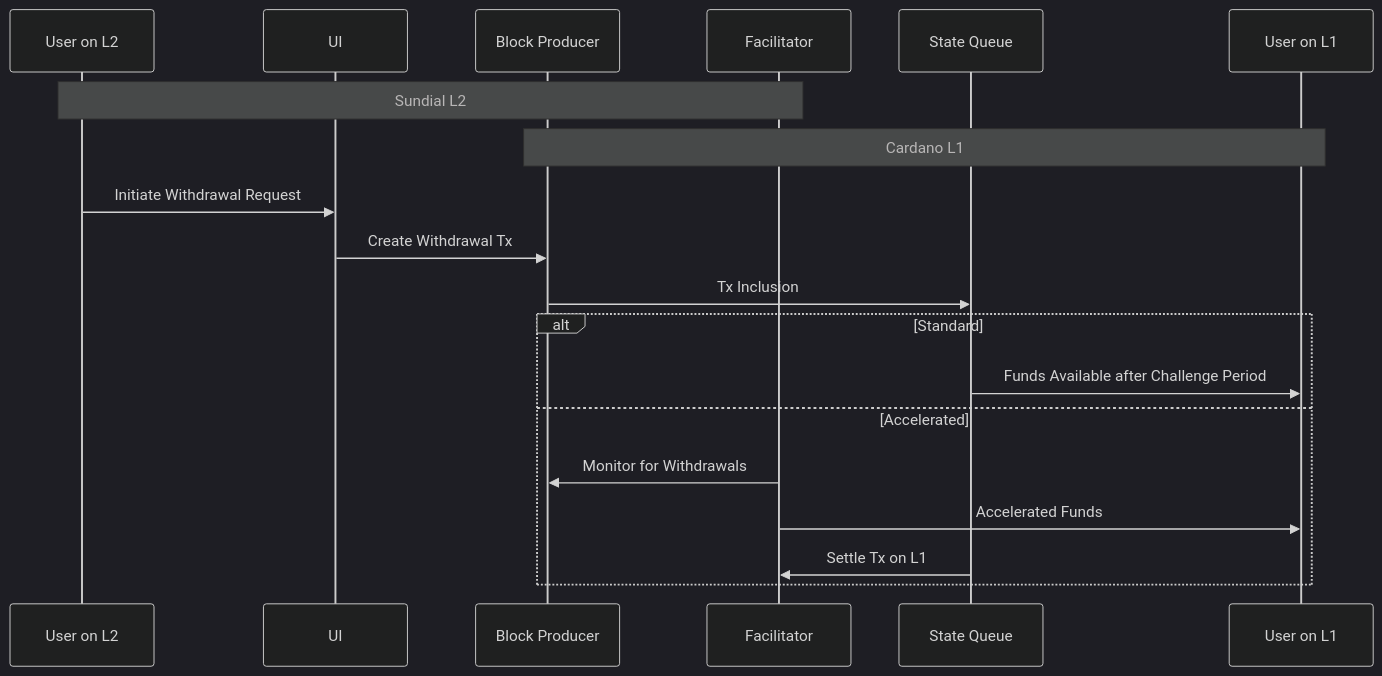
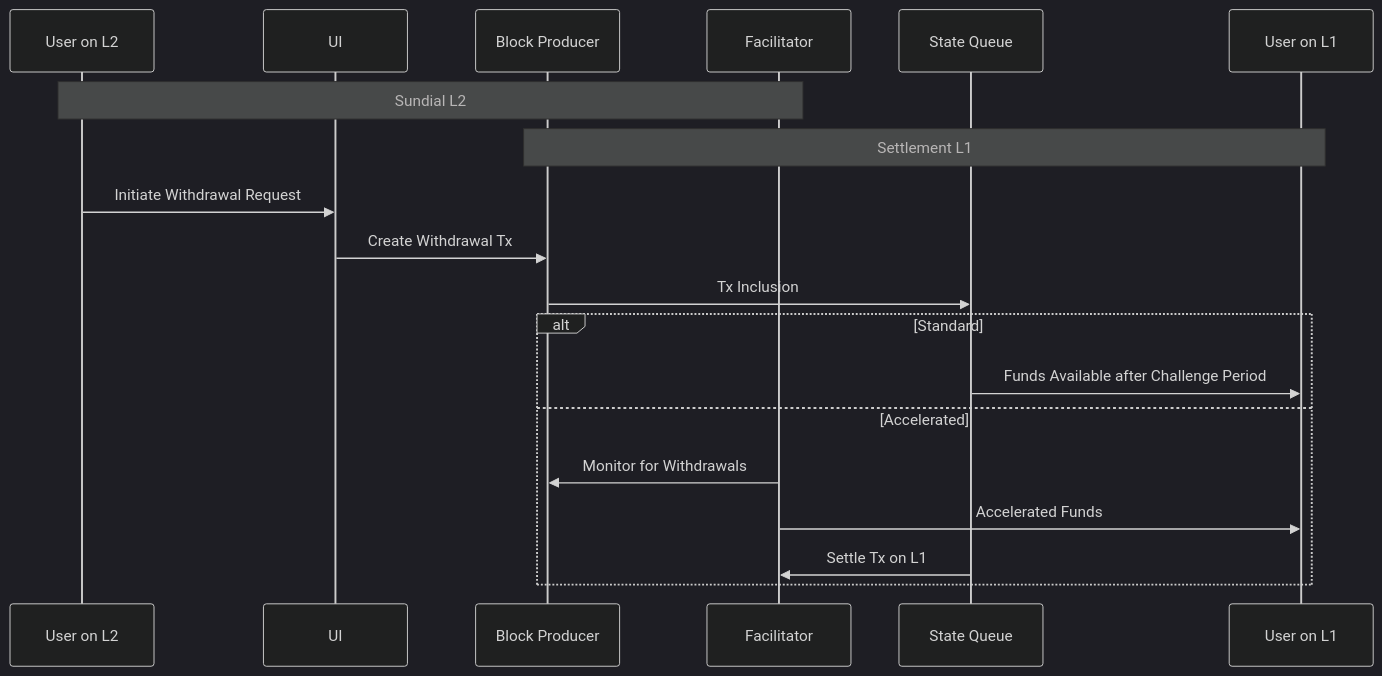
One commit to sundial-protocol/internal-docs changed the fifth of 5 diagrams in architecture/layers/blueprint.md. Above: the diagram before and after it, drawn with Mermaid (dark theme). The commit also changed other lines of this file and 10 other files, not shown here.

Commit message:
architecture docs refinement

````diff
--- a/architecture/layers/blueprint.md
+++ b/architecture/layers/blueprint.md
@@ -149,22 +149,22 @@
 ```mermaid
 sequenceDiagram
     participant L2 as User on L2
     participant UI
     participant BP as Block Producer
     participant Facilitator
     participant L1 as State Queue
     participant User as User on L1
 
     Note over L2, Facilitator: Sundial L2
-    Note over BP, User: Cardano L1
+    Note over BP, User: Settlement L1
     L2->>UI: Initiate Withdrawal Request
     UI->>BP: Create Withdrawal Tx
     BP->>L1: Tx Inclusion
 alt Standard
     L1->>User: Funds Available after Challenge Period
 else Accelerated
     Facilitator->>BP: Monitor for Withdrawals
     Facilitator->>User: Accelerated Funds
     L1->>Facilitator: Settle Tx on L1
 end
 ```
````
